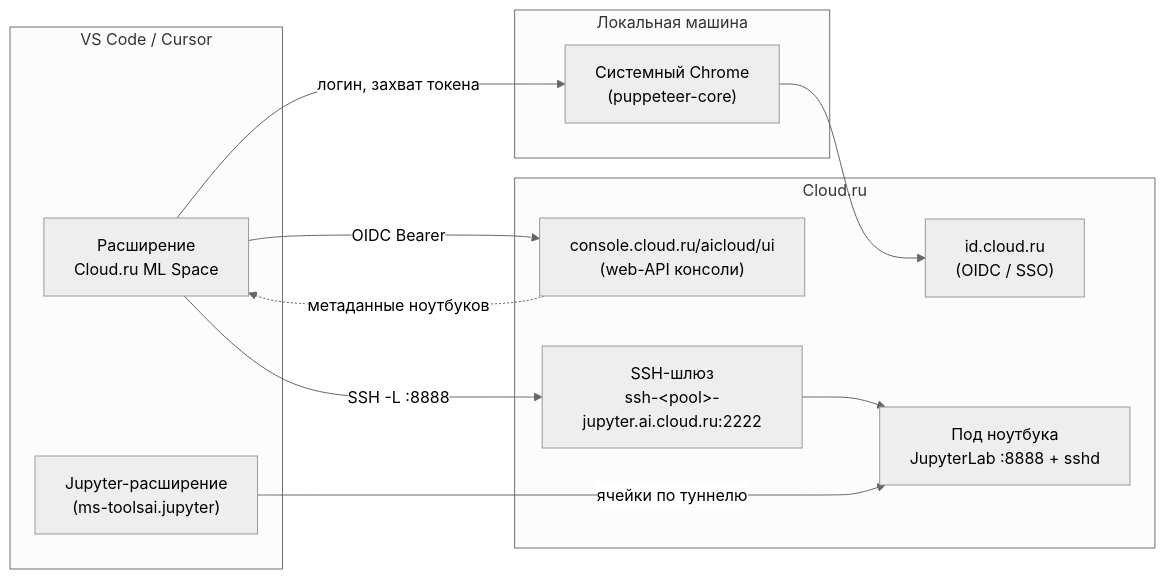
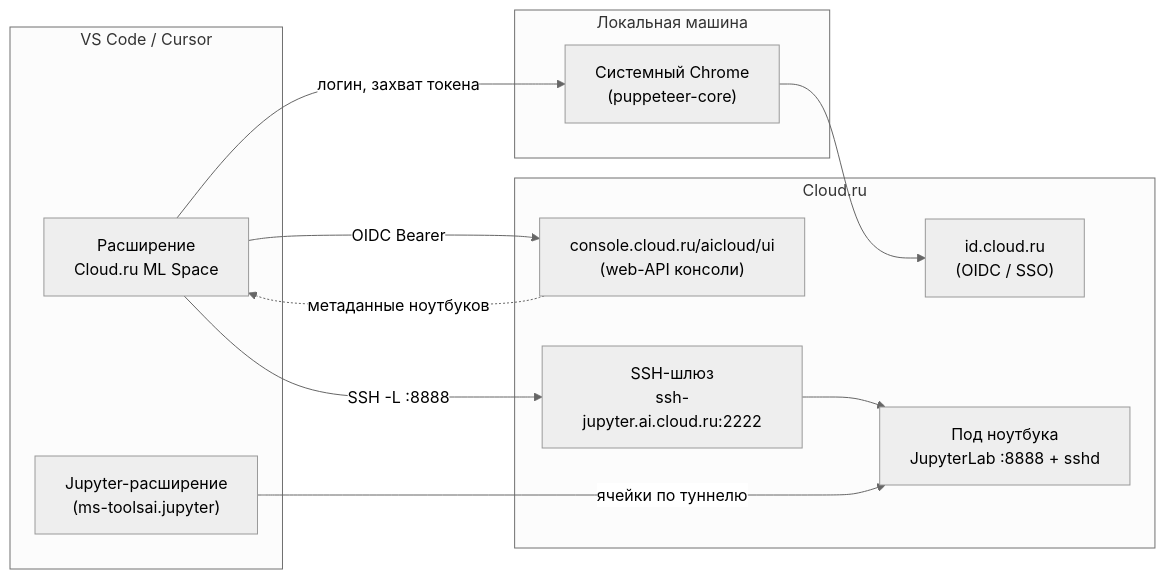
Before and after one commit to cloud-ru/cloud-notebooks: the first of 8 diagrams in docs/architecture.md, drawn with Mermaid (neutral theme). The commit also changed other lines of this file and 19 other files, not shown here.

````diff
--- a/docs/architecture.md
+++ b/docs/architecture.md
@@ -40,24 +40,24 @@
 ```mermaid
 flowchart LR
     subgraph VS["VS Code / Cursor"]
         EXT["Расширение<br/>Cloud.ru ML Space"]
         JUP["Jupyter-расширение<br/>(ms-toolsai.jupyter)"]
     end
 
     subgraph LOCAL["Локальная машина"]
         CHROME["Системный Chrome<br/>(puppeteer-core)"]
     end
 
     subgraph CLOUD["Cloud.ru"]
         ID["id.cloud.ru<br/>(OIDC / SSO)"]
         CONSOLE["console.cloud.ru/aicloud/ui<br/>(web-API консоли)"]
-        GW["SSH-шлюз<br/>ssh-&lt;pool&gt;-jupyter.ai.cloud.ru:2222"]
+        GW["SSH-шлюз<br/>ssh-jupyter.ai.cloud.ru:2222"]
         POD["Под ноутбука<br/>JupyterLab :8888 + sshd"]
     end
 
     EXT -->|OIDC Bearer| CONSOLE
     EXT -->|логин, захват токена| CHROME --> ID
     EXT -->|"SSH -L :8888"| GW --> POD
     JUP -->|ячейки по туннелю| POD
     CONSOLE -. метаданные ноутбуков .-> EXT
 ```
````
